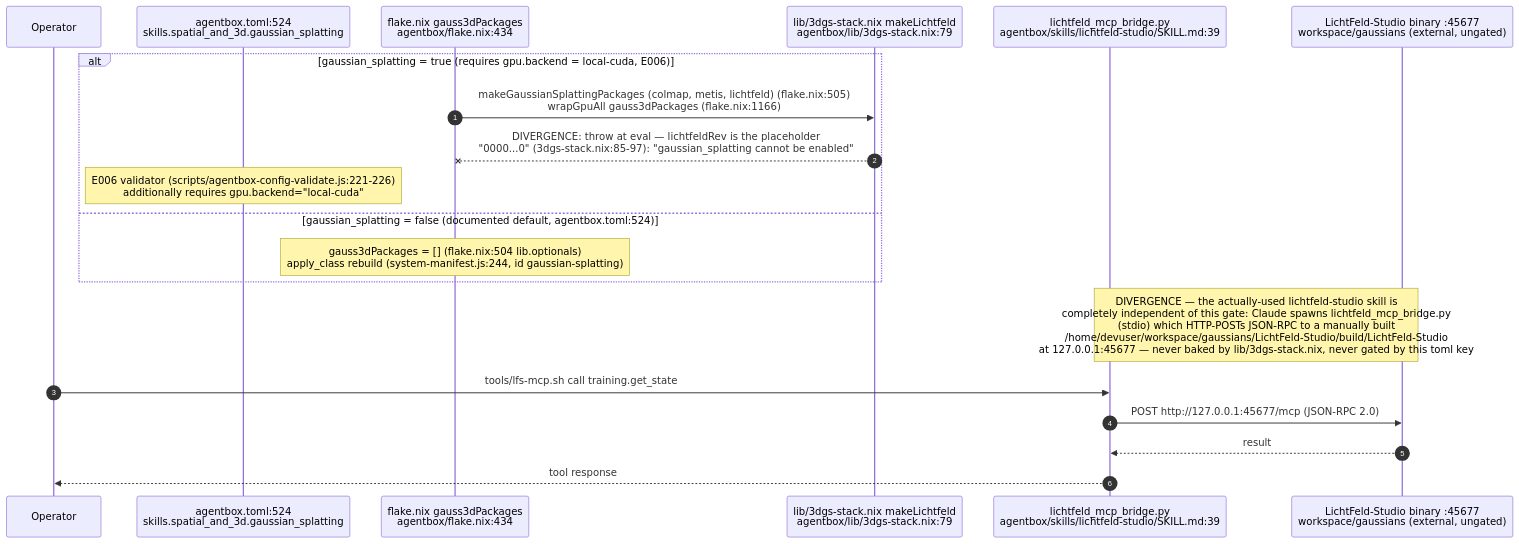
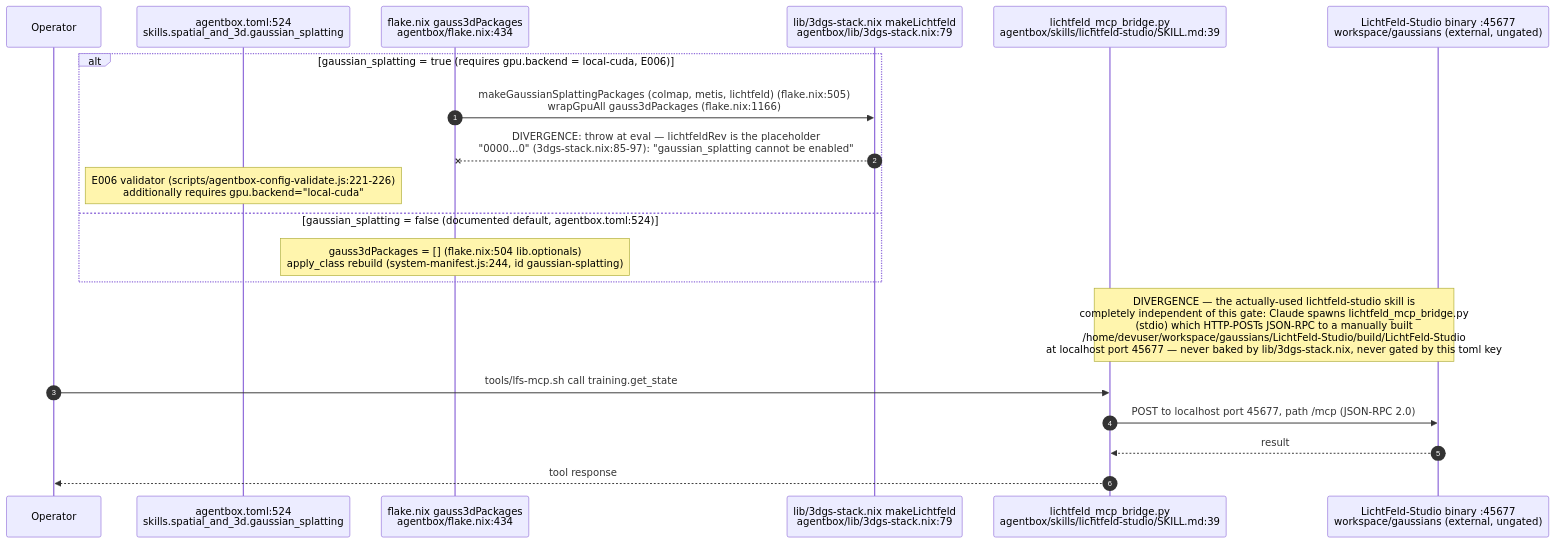
The ninth of 13 diagrams in docs/diagrams/agentbox/27-media-gpu-capability-services.md (DreamLab-AI/VisionFlow), drawn with Mermaid before and after one commit. The commit also changed other lines of this file and 185 other files, not shown here.

Commit message:
docs(estate): reconcile diagrams and ADRs with source and define closeout sprint

````diff
--- a/docs/diagrams/agentbox/27-media-gpu-capability-services.md
+++ b/docs/diagrams/agentbox/27-media-gpu-capability-services.md
@@ -280,23 +286,23 @@
 ```mermaid
 sequenceDiagram
     autonumber
     participant Op as Operator
     participant Toml as agentbox.toml:524<br/>skills.spatial_and_3d.gaussian_splatting
     participant Flake as flake.nix gauss3dPackages<br/>agentbox/flake.nix:434
     participant Nix3dgs as lib/3dgs-stack.nix makeLichtfeld<br/>agentbox/lib/3dgs-stack.nix:79
     participant Bridge as lichtfeld_mcp_bridge.py<br/>agentbox/skills/lichtfeld-studio/SKILL.md:39
     participant LFS as LichtFeld-Studio binary :45677<br/>workspace/gaussians (external, ungated)
 
     alt gaussian_splatting = true (requires gpu.backend = local-cuda, E006)
         Flake->>Nix3dgs: makeGaussianSplattingPackages (colmap, metis, lichtfeld) (flake.nix:505)<br/>wrapGpuAll gauss3dPackages (flake.nix:1166)
         Nix3dgs--xFlake: DIVERGENCE: throw at eval — lichtfeldRev is the placeholder<br/>"0000...0" (3dgs-stack.nix:85-97): "gaussian_splatting cannot be enabled"
         Note over Toml: E006 validator (scripts/agentbox-config-validate.js:221-226)<br/>additionally requires gpu.backend="local-cuda"
     else gaussian_splatting = false (documented default, agentbox.toml:524)
         Note over Flake: gauss3dPackages = [] (flake.nix:504 lib.optionals)<br/>apply_class rebuild (system-manifest.js:244, id gaussian-splatting)
     end
-    Note over Bridge,LFS: DIVERGENCE — the actually-used lichtfeld-studio skill is<br/>completely independent of this gate: Claude spawns lichtfeld_mcp_bridge.py<br/>(stdio) which HTTP-POSTs JSON-RPC to a manually built<br/>/home/devuser/workspace/gaussians/LichtFeld-Studio/build/LichtFeld-Studio<br/>at 127.0.0.1:45677 — never baked by lib/3dgs-stack.nix, never gated by this toml key
+    Note over Bridge,LFS: DIVERGENCE — the actually-used lichtfeld-studio skill is<br/>completely independent of this gate: Claude spawns lichtfeld_mcp_bridge.py<br/>(stdio) which HTTP-POSTs JSON-RPC to a manually built<br/>/home/devuser/workspace/gaussians/LichtFeld-Studio/build/LichtFeld-Studio<br/>at localhost port 45677 — never baked by lib/3dgs-stack.nix, never gated by this toml key
     Op->>Bridge: tools/lfs-mcp.sh call training.get_state
-    Bridge->>LFS: POST http://127.0.0.1:45677/mcp (JSON-RPC 2.0)
+    Bridge->>LFS: POST to localhost port 45677, path /mcp (JSON-RPC 2.0)
     LFS-->>Bridge: result
     Bridge-->>Op: tool response
 ```
````
